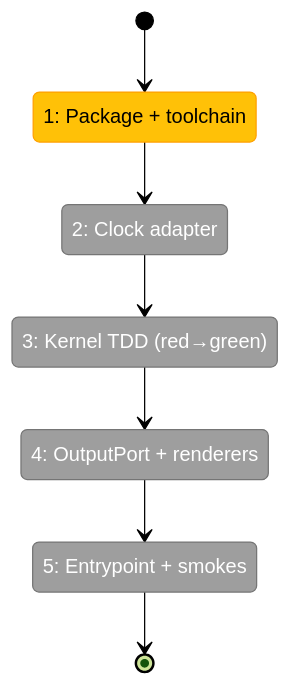
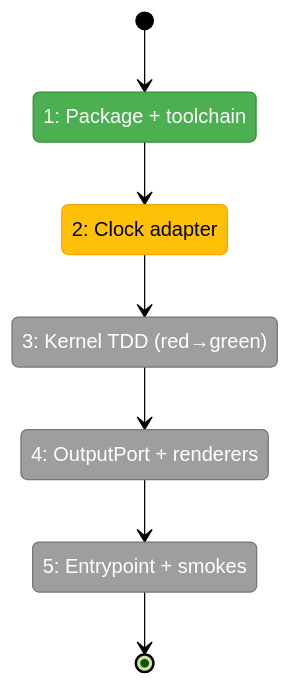
One commit to AI-Substrate/harness-engineering changed the first of 2 diagrams in docs/plans/004-harness-core/tasks/phase-1-package-scaffold-engineering-kernel/tasks.fltplan.md. Above: the diagram before and after it, drawn with Mermaid (forest theme). The commit also changed other lines of this file and 3 other files, not shown here.

````diff
--- a/docs/plans/004-harness-core/tasks/phase-1-package-scaffold-engineering-kernel/tasks.fltplan.md
+++ b/docs/plans/004-harness-core/tasks/phase-1-package-scaffold-engineering-kernel/tasks.fltplan.md
@@ -39,23 +39,24 @@
 ```mermaid
 stateDiagram-v2
     classDef pending fill:#9E9E9E,stroke:#757575,color:#fff
     classDef active fill:#FFC107,stroke:#FFA000,color:#000
     classDef done fill:#4CAF50,stroke:#388E3C,color:#fff
     classDef blocked fill:#F44336,stroke:#D32F2F,color:#fff
 
     state "1: Package + toolchain" as S1
     state "2: Clock adapter" as S2
     state "3: Kernel TDD (red→green)" as S3
     state "4: OutputPort + renderers" as S4
     state "5: Entrypoint + smokes" as S5
 
     [*] --> S1
     S1 --> S2
     S2 --> S3
     S3 --> S4
     S4 --> S5
     S5 --> [*]
 
-    class S1 active
-    class S2,S3,S4,S5 pending
+    class S1 done
+    class S2 active
+    class S3,S4,S5 pending
 ```
````
